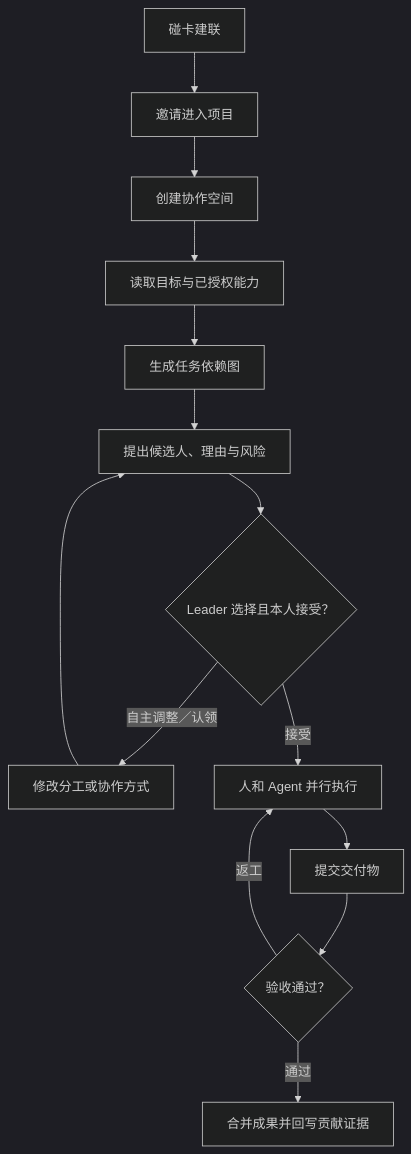
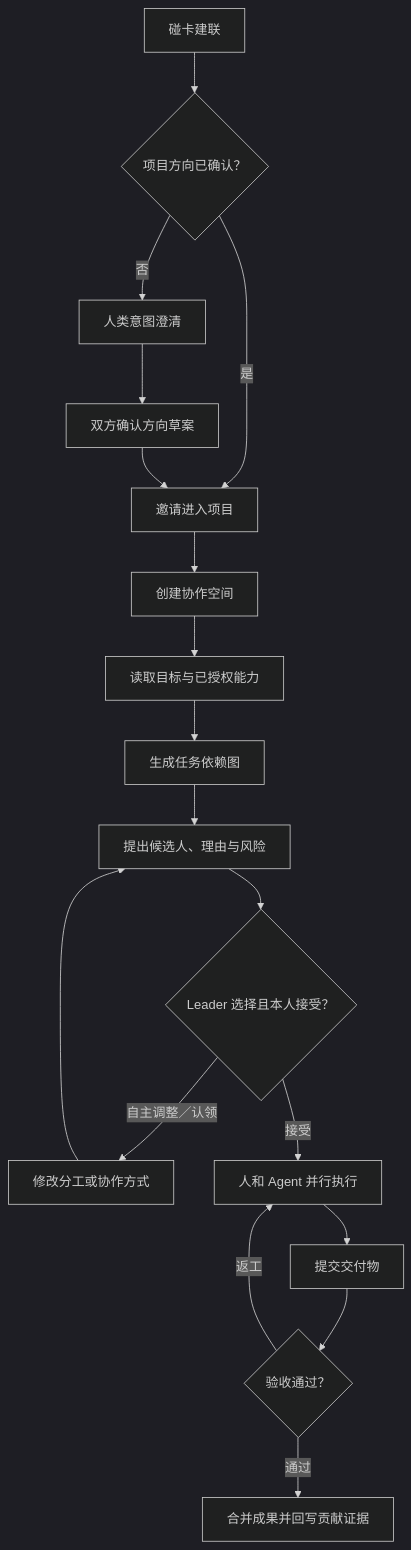
The diagram in 当前方案-ToC-AI组队/08-人类与Agent协作空间设计.md (yangjinmin666/ai-collaboration-passport-hackathon), drawn with Mermaid (dark theme) before and after one commit. The commit also changed other lines of this file and 10 other files, not shown here.

````diff
--- a/当前方案-ToC-AI组队/08-人类与Agent协作空间设计.md
+++ b/当前方案-ToC-AI组队/08-人类与Agent协作空间设计.md
@@ -423,17 +423,21 @@
 ```mermaid
 %% MEANING: 表达从真实建联进入协作空间后，任务建议、人员确认、并行执行、返工和成果回写的完整闭环
 flowchart TD
-    A["碰卡建联"] --> B["邀请进入项目"]
-    B --> C["创建协作空间"]
-    C --> D["读取目标与已授权能力"]
-    D --> E["生成任务依赖图"]
-    E --> F["提出候选人、理由与风险"]
-    F --> G{"Leader 选择且本人接受？"}
-    G -->|"自主调整／认领"| H["修改分工或协作方式"]
-    H --> F
-    G -->|"接受"| I["人和 Agent 并行执行"]
-    I --> J["提交交付物"]
-    J --> K{"验收通过？"}
-    K -->|"返工"| I
-    K -->|"通过"| L["合并成果并回写贡献证据"]
+    A["碰卡建联"] --> B{"项目方向已确认？"}
+    B -->|"否"| BA["人类意图澄清"]
+    BA --> BB["双方确认方向草案"]
+    B -->|"是"| C["邀请进入项目"]
+    BB --> C
+    C --> D["创建协作空间"]
+    D --> E["读取目标与已授权能力"]
+    E --> F["生成任务依赖图"]
+    F --> G["提出候选人、理由与风险"]
+    G --> H{"Leader 选择且本人接受？"}
+    H -->|"自主调整／认领"| I["修改分工或协作方式"]
+    I --> G
+    H -->|"接受"| J["人和 Agent 并行执行"]
+    J --> K["提交交付物"]
+    K --> L{"验收通过？"}
+    L -->|"返工"| J
+    L -->|"通过"| M["合并成果并回写贡献证据"]
 ```
````
